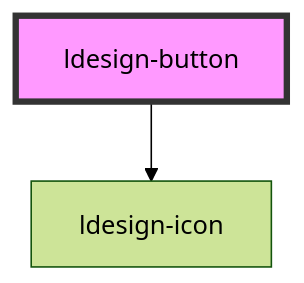
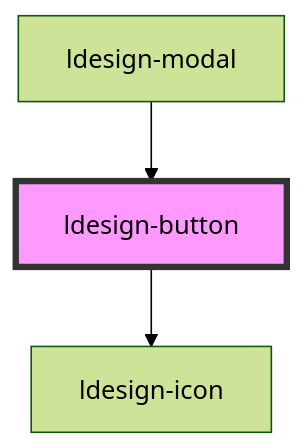
The diagram in packages/webcomponent/src/components/button/readme.md (poly1603/ldesign), drawn with Mermaid (forest theme) before and after one commit. The commit also changed other lines of this file and 16 other files, not shown here.

````diff
--- a/packages/webcomponent/src/components/button/readme.md
+++ b/packages/webcomponent/src/components/button/readme.md
@@ -40,5 +44,6 @@
 ```mermaid
 graph TD;
   ldesign-button --> ldesign-icon
+  ldesign-modal --> ldesign-button
   style ldesign-button fill:#f9f,stroke:#333,stroke-width:4px
 ```
````
